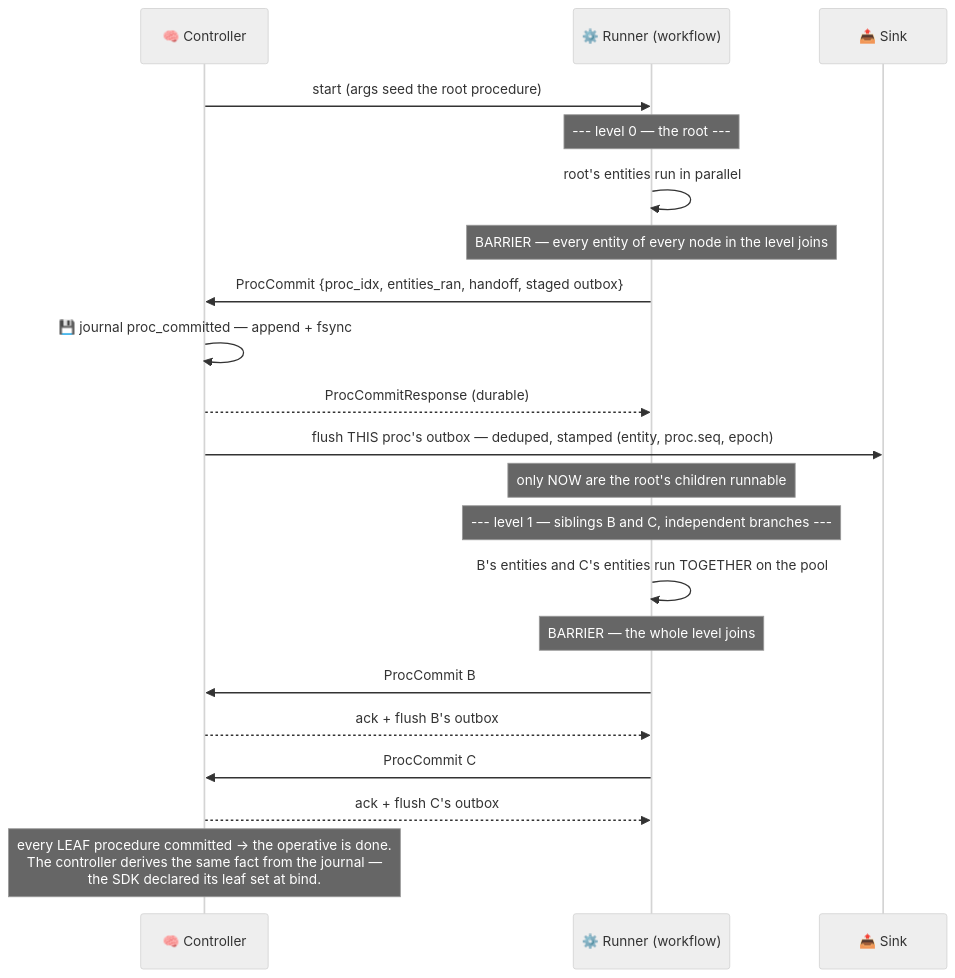
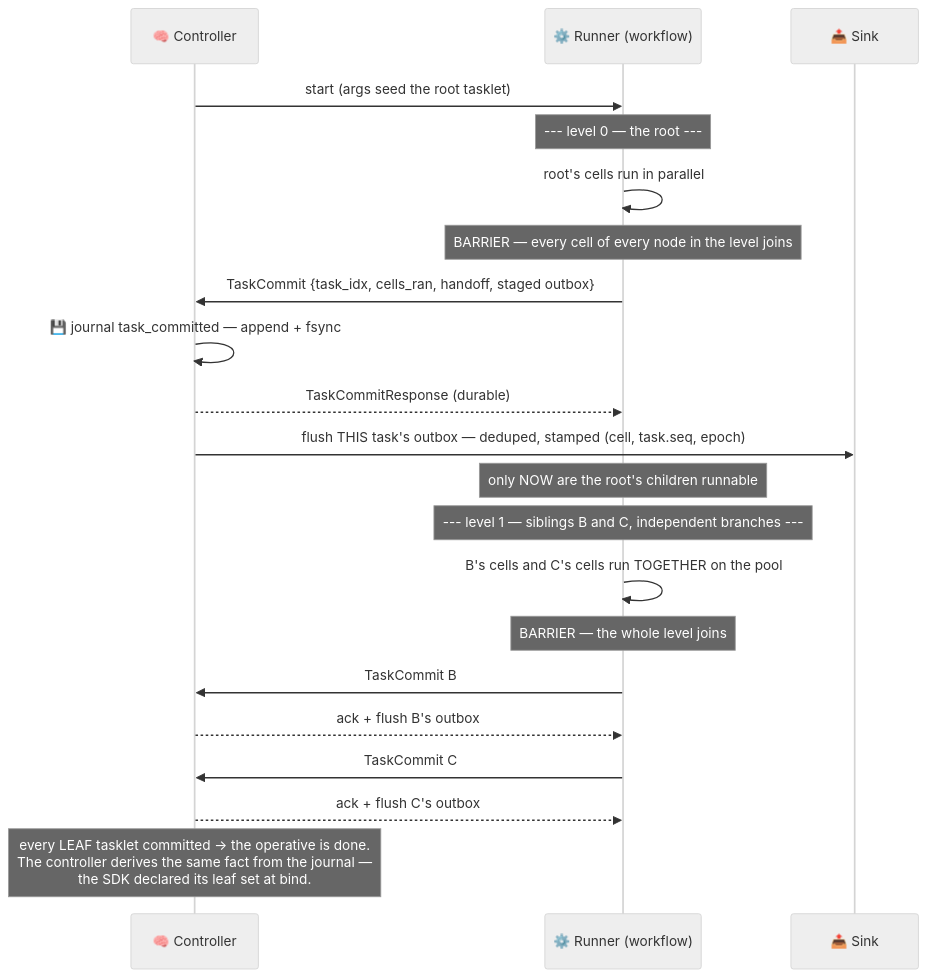
The second of 8 diagrams in docs/architecture/workflow_profile.md (Flezha/flezha), drawn with Mermaid (neutral theme) before and after one commit. The commit also changed other lines of this file and 604 other files, not shown here.

First line of the commit message:
Rename Procedure to Tasklet and Entity to Cell

````diff
--- a/docs/architecture/workflow_profile.md
+++ b/docs/architecture/workflow_profile.md
@@ -104,25 +104,25 @@
 ```mermaid
 sequenceDiagram
     participant CTRL as 🧠 Controller
     participant EX as ⚙️ Runner (workflow)
     participant SINK as 📤 Sink
 
-    CTRL->>EX: start (args seed the root procedure)
+    CTRL->>EX: start (args seed the root tasklet)
     Note over EX: --- level 0 — the root ---
-    EX->>EX: root's entities run in parallel
-    Note over EX: BARRIER — every entity of every node in the level joins
-    EX->>CTRL: ProcCommit {proc_idx, entities_ran, handoff, staged outbox}
-    CTRL->>CTRL: 💾 journal proc_committed — append + fsync
-    CTRL-->>EX: ProcCommitResponse (durable)
-    CTRL->>SINK: flush THIS proc's outbox — deduped, stamped (entity, proc.seq, epoch)
+    EX->>EX: root's cells run in parallel
+    Note over EX: BARRIER — every cell of every node in the level joins
+    EX->>CTRL: TaskCommit {task_idx, cells_ran, handoff, staged outbox}
+    CTRL->>CTRL: 💾 journal task_committed — append + fsync
+    CTRL-->>EX: TaskCommitResponse (durable)
+    CTRL->>SINK: flush THIS task's outbox — deduped, stamped (cell, task.seq, epoch)
     Note over EX: only NOW are the root's children runnable
 
     Note over EX: --- level 1 — siblings B and C, independent branches ---
-    EX->>EX: B's entities and C's entities run TOGETHER on the pool
+    EX->>EX: B's cells and C's cells run TOGETHER on the pool
     Note over EX: BARRIER — the whole level joins
-    EX->>CTRL: ProcCommit B
+    EX->>CTRL: TaskCommit B
     CTRL-->>EX: ack + flush B's outbox
-    EX->>CTRL: ProcCommit C
+    EX->>CTRL: TaskCommit C
     CTRL-->>EX: ack + flush C's outbox
-    Note over CTRL: every LEAF procedure committed → the operative is done.<br/>The controller derives the same fact from the journal —<br/>the SDK declared its leaf set at bind.
+    Note over CTRL: every LEAF tasklet committed → the operative is done.<br/>The controller derives the same fact from the journal —<br/>the SDK declared its leaf set at bind.
 ```
````
